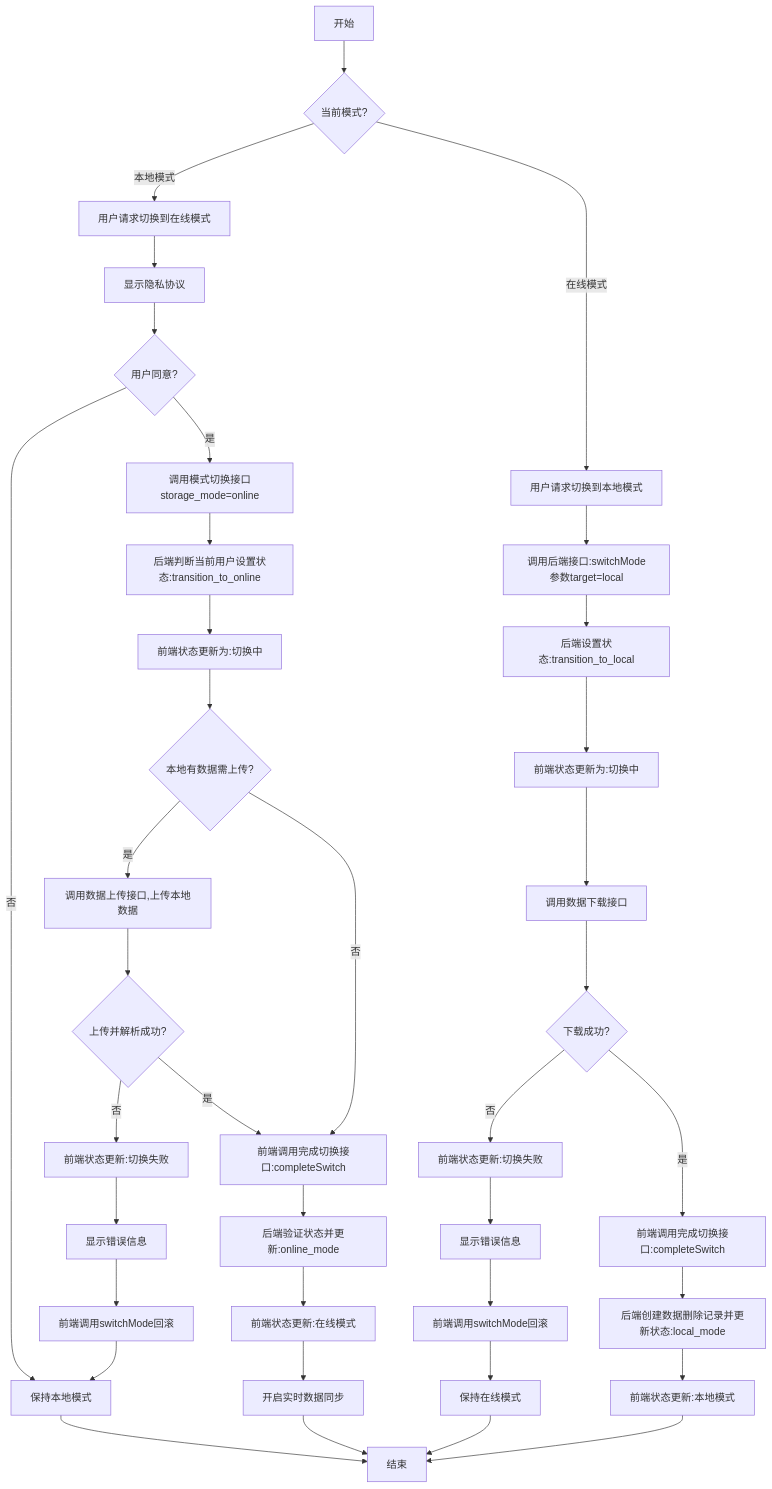
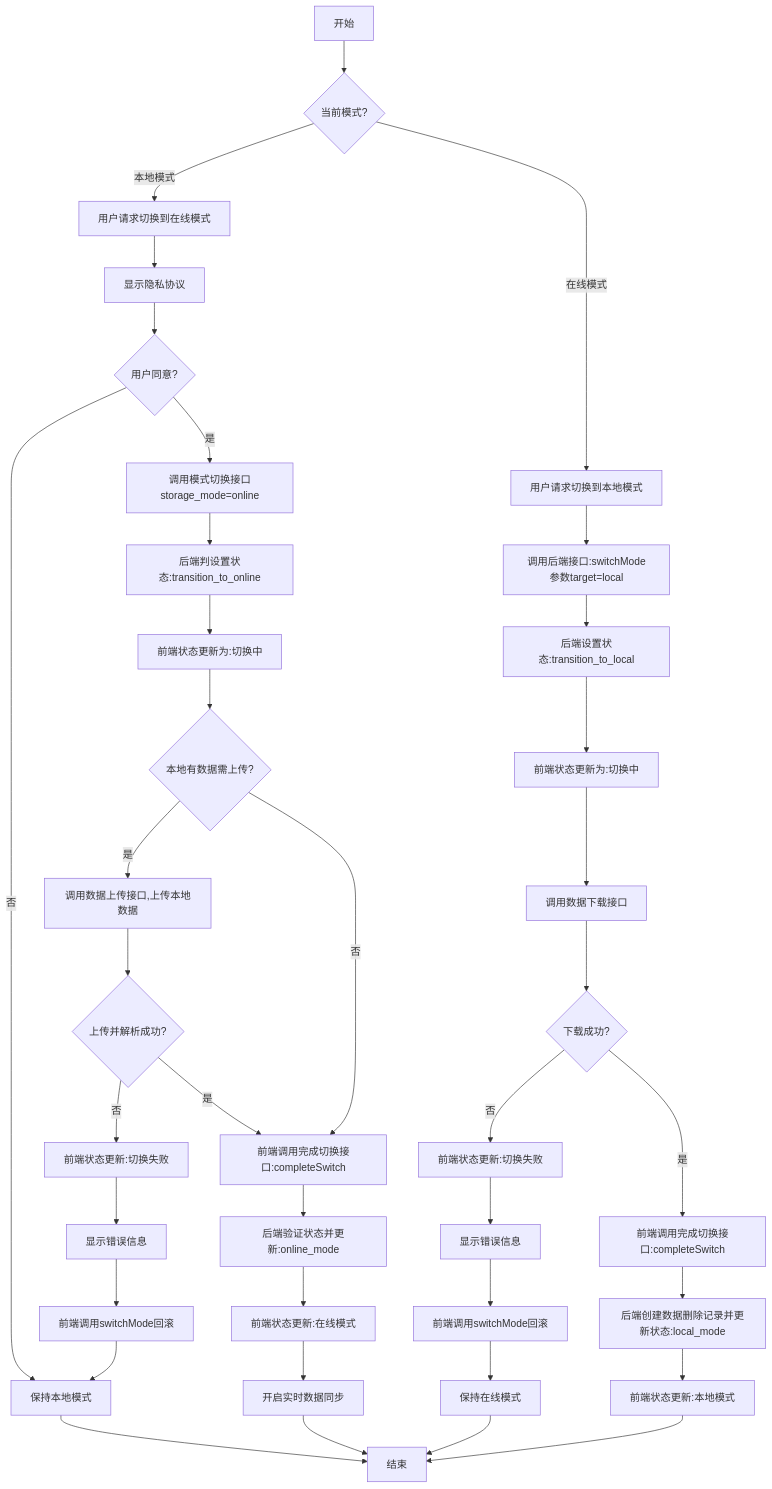
The diagram in all/未命名-58.md (yingjianzh/iodraw-files), drawn with Mermaid before and after one commit.

Commit message:
2025-05-14 10:34:27 update

````diff
--- a/all/未命名-58.md
+++ b/all/未命名-58.md
@@ -1,51 +1,51 @@
 ```mermaid
 flowchart TD
     A[开始] --> B{当前模式?}
     
     %% 本地模式转在线模式
     B -->|本地模式| C[用户请求切换到在线模式]
     C --> D[显示隐私协议]
     D --> E{用户同意?}
     E -->|否| F[保持本地模式]
     F --> Z[结束]
     
     E -->|是| G[调用模式切换接口storage_mode=online]
-    G --> H[后端判断当前用户设置状态:transition_to_online]
+    G --> H[后端判设置状态:transition_to_online]
     H --> I[前端状态更新为:切换中]
     
     I --> J{本地有数据需上传?}
     
     J -->|是| L[调用数据上传接口,上传本地数据]
     L --> M{上传并解析成功?}
     M -->|否| O[前端状态更新:切换失败]
     O --> P[显示错误信息]
     P --> Q[前端调用switchMode回滚]
     Q --> F
     
     J -->|否| R[前端调用完成切换接口:completeSwitch]
     M -->|是| R
     
     R --> S[后端验证状态并更新:online_mode]
     S --> T[前端状态更新:在线模式]
     T --> U[开启实时数据同步]
     U --> Z
     
     %% 在线模式转本地模式
     B -->|在线模式| V[用户请求切换到本地模式]
     V --> W[调用后端接口:switchMode参数target=local]
     W --> X[后端设置状态:transition_to_local]
     X --> Y[前端状态更新为:切换中]
     
     Y --> Z1[调用数据下载接口]
     Z1 --> AA{下载成功?}
     AA -->|否| AB[前端状态更新:切换失败]
     AB --> AC[显示错误信息]
     AC --> AD[前端调用switchMode回滚]
     AD --> AE[保持在线模式]
     AE --> Z
     
     AA -->|是| AF[前端调用完成切换接口:completeSwitch]
     AF --> AG[后端创建数据删除记录并更新状态:local_mode]
     AG --> AH[前端状态更新:本地模式]
     AH --> Z
 ```
````
